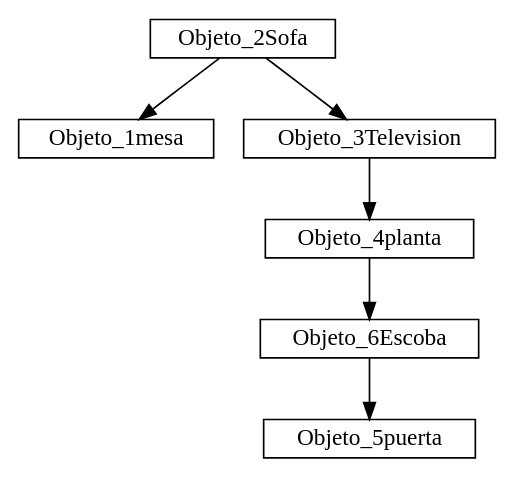
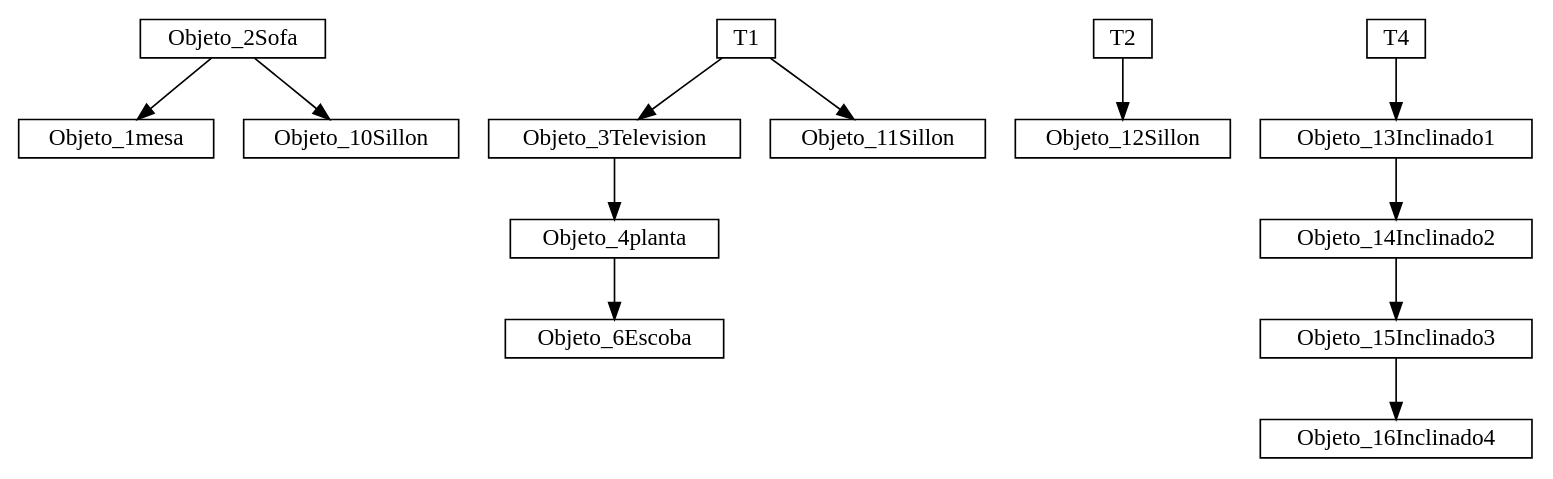
The diagram in build-EDD_Proyecto_1-Desktop_Qt_5_15_0_GCC_64bit-Debug/BinarioGrafica.gv (olgt/Laboratorio_EDD_201612341), drawn with Graphviz before and after one commit. The commit also changed 64 other files, not shown here.

```diff
--- a/build-EDD_Proyecto_1-Desktop_Qt_5_15_0_GCC_64bit-Debug/BinarioGrafica.gv
+++ b/build-EDD_Proyecto_1-Desktop_Qt_5_15_0_GCC_64bit-Debug/BinarioGrafica.gv
@@ -1,9 +1,15 @@
 digraph G {
 rankdir = TB; 
 node [shape=record, width=.1, height=.1]; 
 Objeto_2Sofa->Objeto_1mesa; 
-Objeto_2Sofa->Objeto_3Television; 
+Objeto_2Sofa->Objeto_10Sillon T1; 
+Objeto_10Sillon T1->Objeto_3Television; 
 Objeto_3Television->Objeto_4planta; 
 Objeto_4planta->Objeto_6Escoba; 
-Objeto_6Escoba->Objeto_5puerta; 
+Objeto_10Sillon T1->Objeto_11Sillon T2; 
+Objeto_11Sillon T2->Objeto_12Sillon T4; 
+Objeto_12Sillon T4->Objeto_13Inclinado1; 
+Objeto_13Inclinado1->Objeto_14Inclinado2; 
+Objeto_14Inclinado2->Objeto_15Inclinado3; 
+Objeto_15Inclinado3->Objeto_16Inclinado4; 
 }
```
